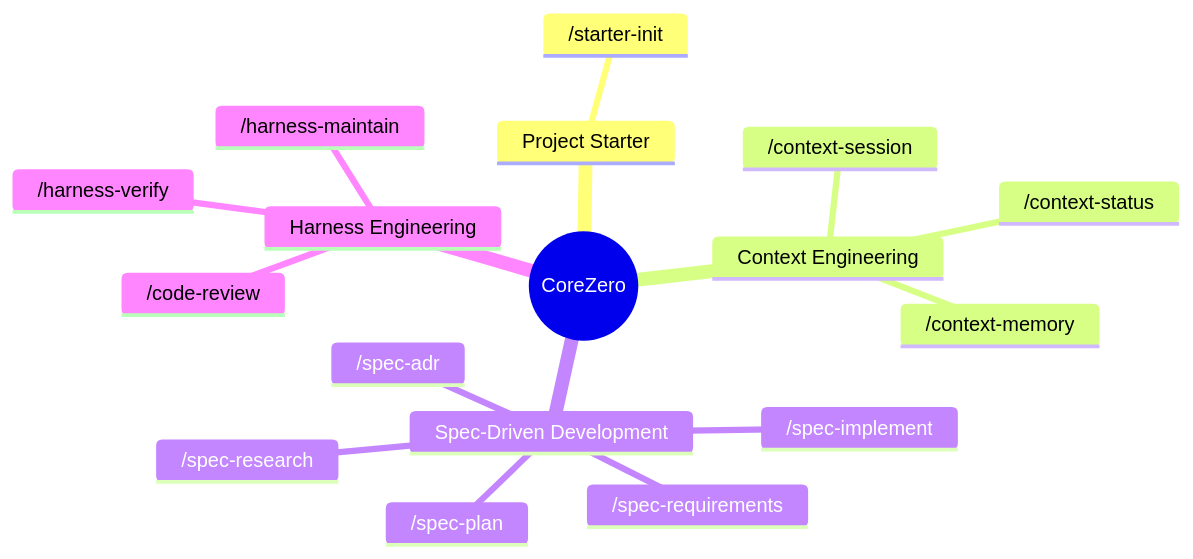
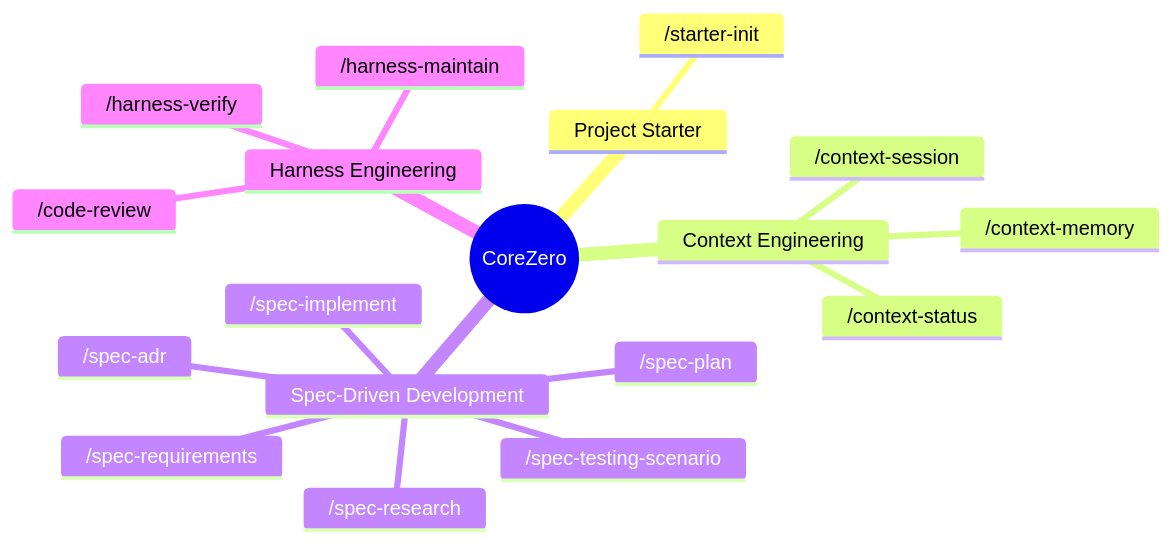
Before and after one commit to thaihai-swe/CoreZero-Nexus: the diagram in documents/packs.md, drawn with Mermaid. The commit also changed other lines of this file and 48 other files, not shown here.

````diff
--- a/documents/packs.md
+++ b/documents/packs.md
@@ -11,20 +11,21 @@
 ```mermaid
 mindmap
   root((CoreZero))
     Project Starter
       /starter-init
     Context Engineering
       /context-session
       /context-status
       /context-memory
     Spec-Driven Development
       /spec-research
       /spec-requirements
       /spec-adr
       /spec-plan
       /spec-implement
+      /spec-testing-scenario
     Harness Engineering
       /harness-verify
       /harness-maintain
       /code-review
 ```
````
